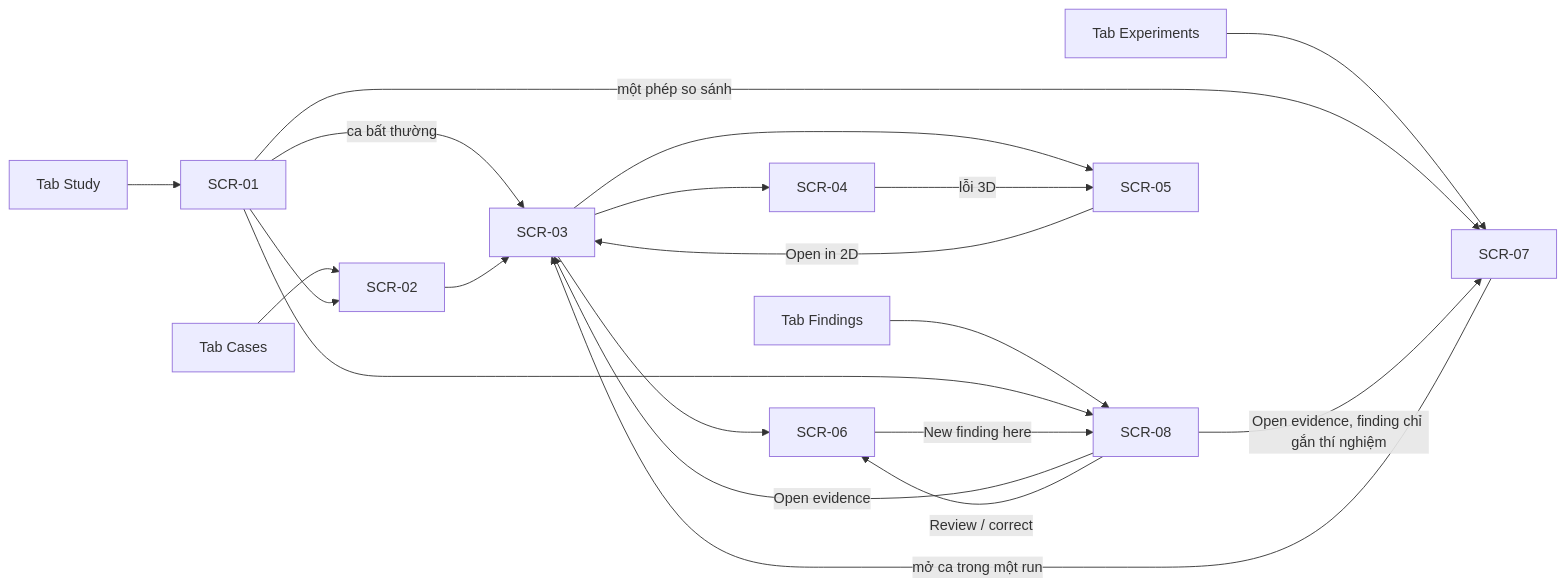
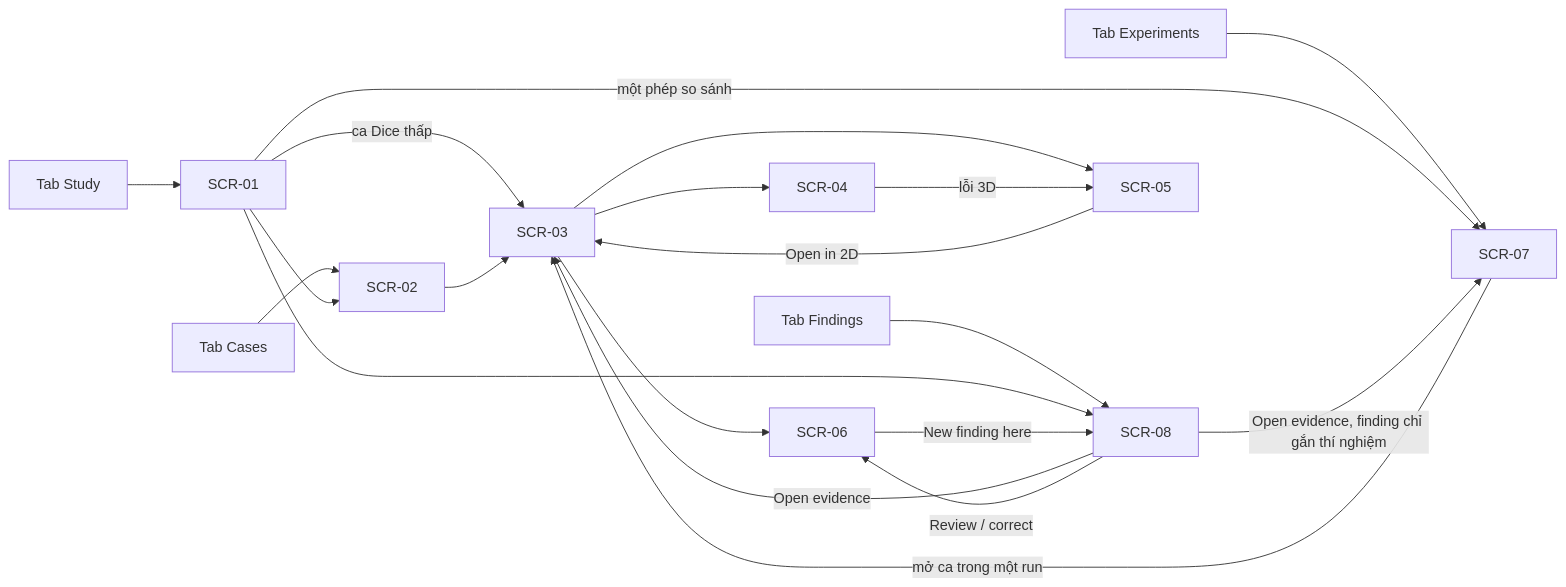
The diagram in docs/spec/07_giao-dien.md (Drake-Phamta/cardiac-mri-workspace), drawn with Mermaid before and after one commit. The commit also changed other lines of this file and 7 other files, not shown here.

````diff
--- a/docs/spec/07_giao-dien.md
+++ b/docs/spec/07_giao-dien.md
@@ -23,19 +24,19 @@
 ```mermaid
 flowchart LR
   T1[Tab Study] --> S1[SCR-01]
   T2[Tab Cases] --> S2[SCR-02]
   T3[Tab Experiments] --> S7[SCR-07]
   T4[Tab Findings] --> S8[SCR-08]
   S1 --> S2 & S8
   S1 -->|một phép so sánh| S7
-  S1 -->|ca bất thường| S3[SCR-03]
+  S1 -->|ca Dice thấp| S3[SCR-03]
   S2 --> S3
   S7 -->|mở ca trong một run| S3
   S3 --> S4[SCR-04] & S5[SCR-05] & S6[SCR-06]
   S4 -->|lỗi 3D| S5
   S5 -->|Open in 2D| S3
   S6 -->|New finding here| S8
   S8 -->|Open evidence| S3
   S8 -->|Open evidence, finding chỉ gắn thí nghiệm| S7
   S8 -->|Review / correct| S6
 ```
````
